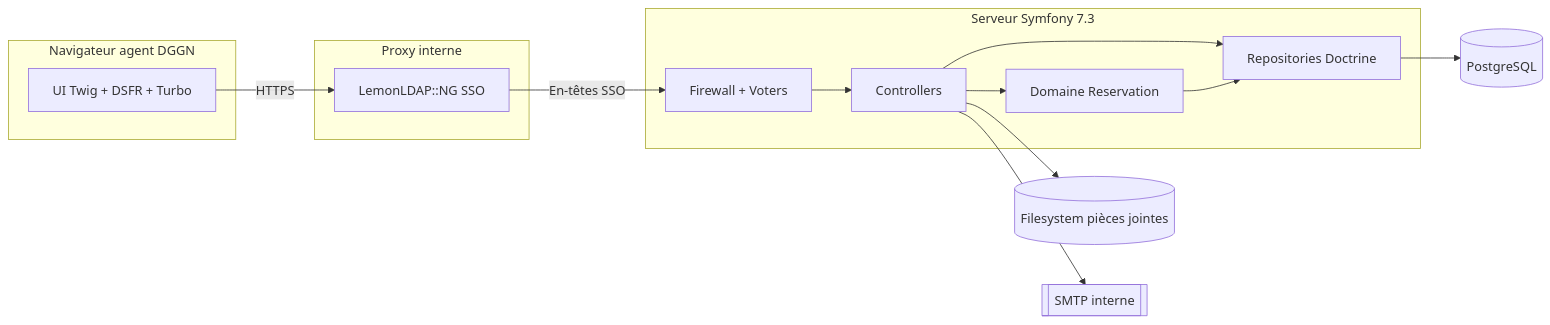
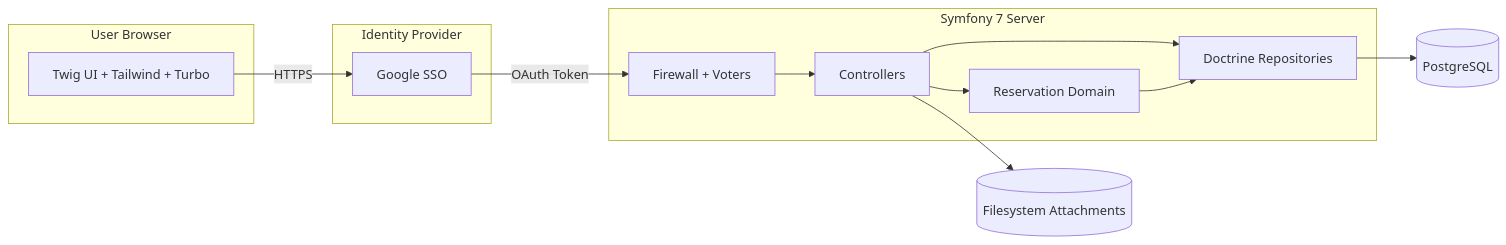
One commit to Betus971/Librebooking-Symfony changed the first of 5 diagrams in docs/01-architecture.md. Above: the diagram before and after it, drawn with Mermaid. The commit also changed other lines of this file and 261 other files, not shown here.

Commit message:
feat: initial open source release with modern stack, Tailwind v4 and generic architecture

````diff
--- a/docs/01-architecture.md
+++ b/docs/01-architecture.md
@@ -85,31 +71,29 @@
 ```mermaid
 flowchart LR
-    subgraph Client["Navigateur agent DGGN"]
-        UI[UI Twig + DSFR + Turbo]
+    subgraph Client["User Browser"]
+        UI[Twig UI + Tailwind + Turbo]
     end
 
-    subgraph Proxy["Proxy interne"]
-        LL[LemonLDAP::NG SSO]
+    subgraph Auth["Identity Provider"]
+        SSO[Google SSO]
     end
 
-    subgraph App["Serveur Symfony 7.3"]
+    subgraph App["Symfony 7 Server"]
         FW[Firewall + Voters]
         CTRL[Controllers]
-        DOM[Domaine Reservation]
-        REPO[Repositories Doctrine]
+        DOM[Reservation Domain]
+        REPO[Doctrine Repositories]
     end
 
     DB[(PostgreSQL)]
-    FS[(Filesystem pièces jointes)]
-    SMTP[[SMTP interne]]
+    FS[(Filesystem Attachments)]
 
-    UI -- HTTPS --> LL
-    LL -- En-têtes SSO --> FW
+    UI -- HTTPS --> SSO
+    SSO -- OAuth Token --> FW
     FW --> CTRL
     CTRL --> DOM
     CTRL --> REPO
     DOM --> REPO
     REPO --> DB
     CTRL --> FS
-    CTRL --> SMTP
 ```
````
